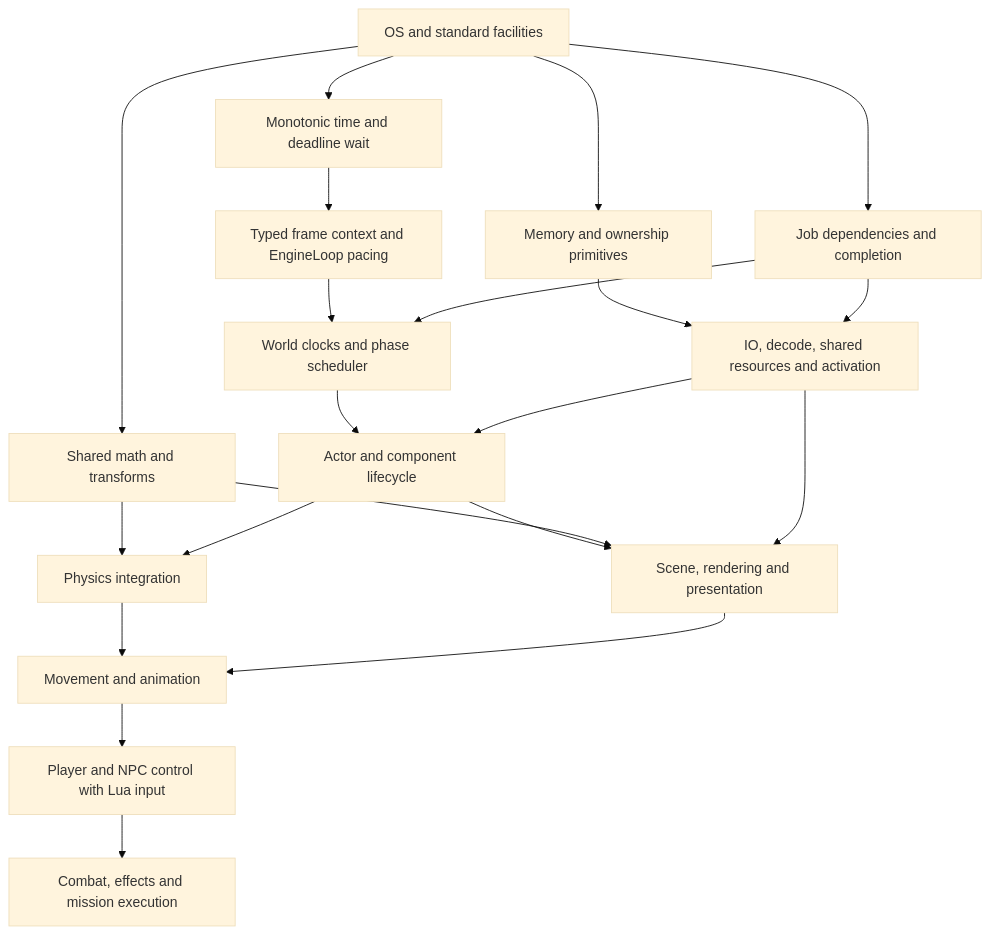
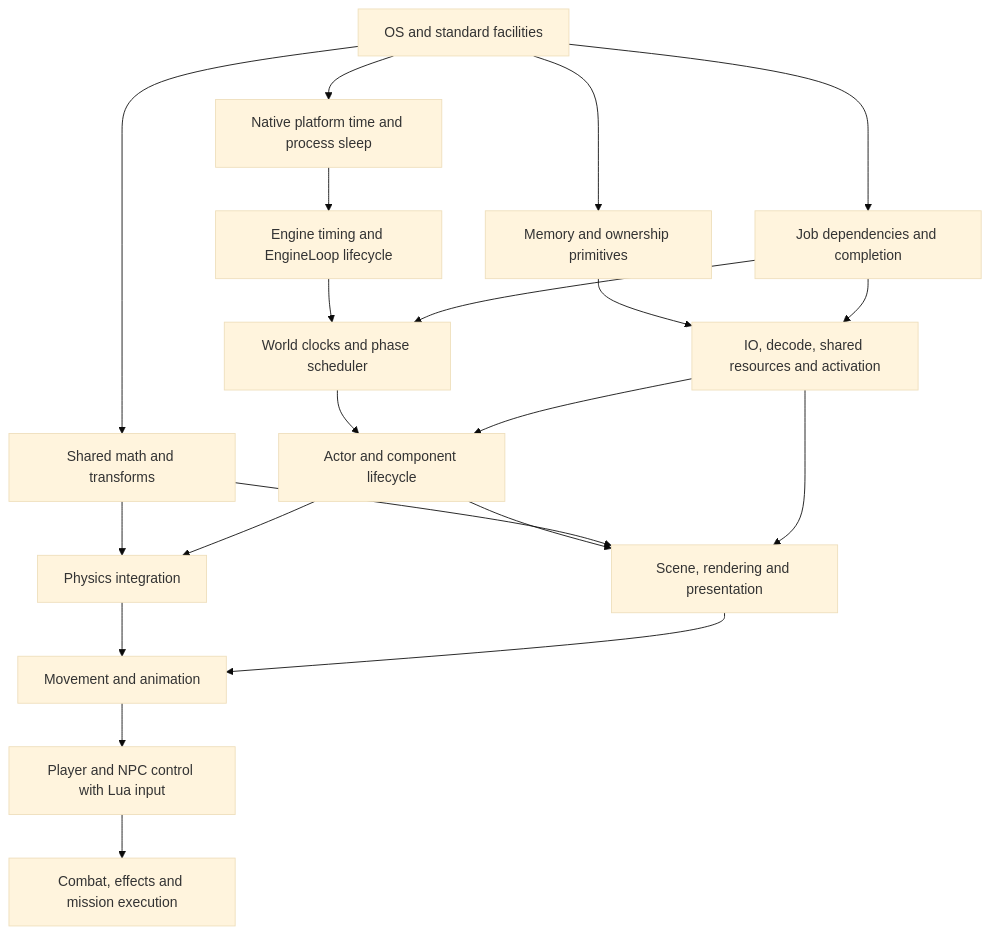
One commit to plainsight-systems/bullet-witch changed the diagram in docs/architecture/implementation-order.md. Above: the diagram before and after it, drawn with Mermaid (base theme). The commit also changed other lines of this file and 23 other files, not shown here.

Commit message:
Implement source-mapped engine loop and native Mac timing

````diff
--- a/docs/architecture/implementation-order.md
+++ b/docs/architecture/implementation-order.md
@@ -16,23 +16,23 @@
 ```mermaid
 flowchart TD
-    OS[OS and standard facilities] --> Time[Monotonic time and deadline wait]
-    Time --> Loop[Typed frame context and EngineLoop pacing]
+    OS[OS and standard facilities] --> Time[Native platform time and process sleep]
+    Time --> Loop[Engine timing and EngineLoop lifecycle]
     OS --> Memory[Memory and ownership primitives]
     OS --> Math[Shared math and transforms]
     OS --> Jobs[Job dependencies and completion]
     Loop --> World[World clocks and phase scheduler]
     Jobs --> World
     Memory --> Resources[IO, decode, shared resources and activation]
     Jobs --> Resources
     World --> Lifecycle[Actor and component lifecycle]
     Resources --> Lifecycle
     Math --> Physics[Physics integration]
     Lifecycle --> Physics
     Lifecycle --> Render[Scene, rendering and presentation]
     Math --> Render
     Resources --> Render
     Physics --> Characters[Movement and animation]
     Render --> Characters
     Characters --> AI[Player and NPC control with Lua input]
     AI --> Gameplay[Combat, effects and mission execution]
 ```
````
